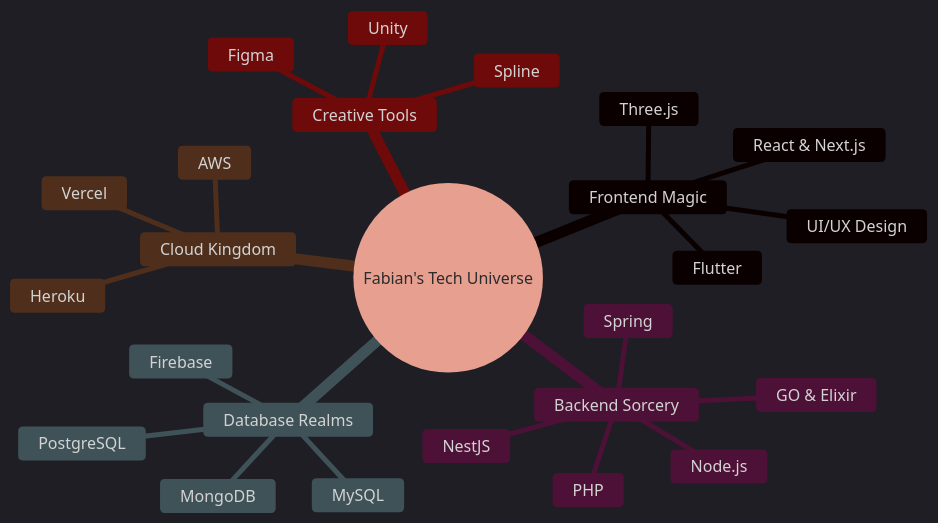
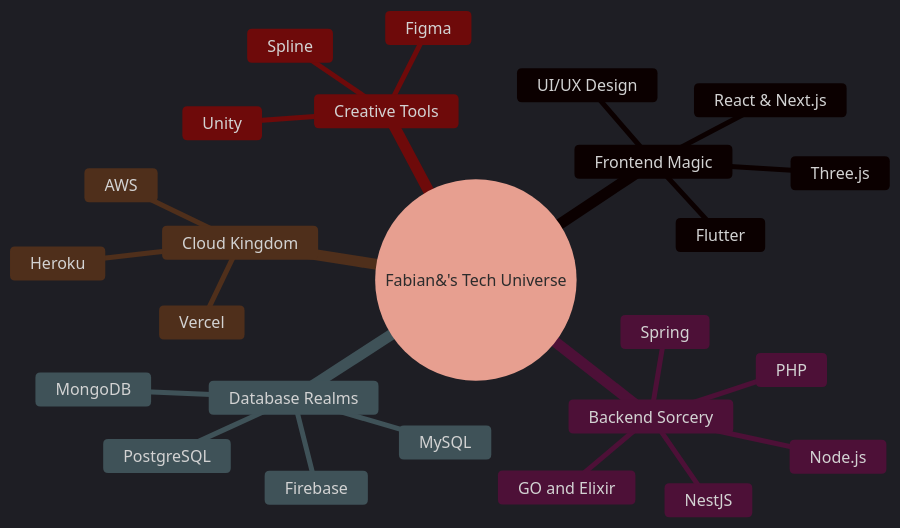
One commit to aminofabian/aminofabian-app changed the diagram in README.md. Above: the diagram before and after it, drawn with Mermaid.

````diff
--- a/README.md
+++ b/README.md
@@ -58,29 +58,29 @@
 ```mermaid
 %%{init: {'theme': 'dark', 'themeVariables': { 'primaryColor': '#0288f3', 'secondaryColor': '#d5573c', 'tertiaryColor': '#6d2431', 'mainBkg': '#676a83', 'nodeBkg': '#653545'}}}%%
 mindmap
-  root((Fabian's Tech Universe))
+  root((Fabian&#39;s Tech Universe))
     Frontend Magic
       React & Next.js
       Three.js
       Flutter
       UI/UX Design
     Backend Sorcery
       Node.js
       NestJS
-      GO & Elixir
+      GO and Elixir
       Spring
       PHP
     Database Realms
       MongoDB
       PostgreSQL
       Firebase
       MySQL
     Cloud Kingdom
       AWS
       Heroku
       Vercel
     Creative Tools
       Spline
       Unity
       Figma
 ```
````
